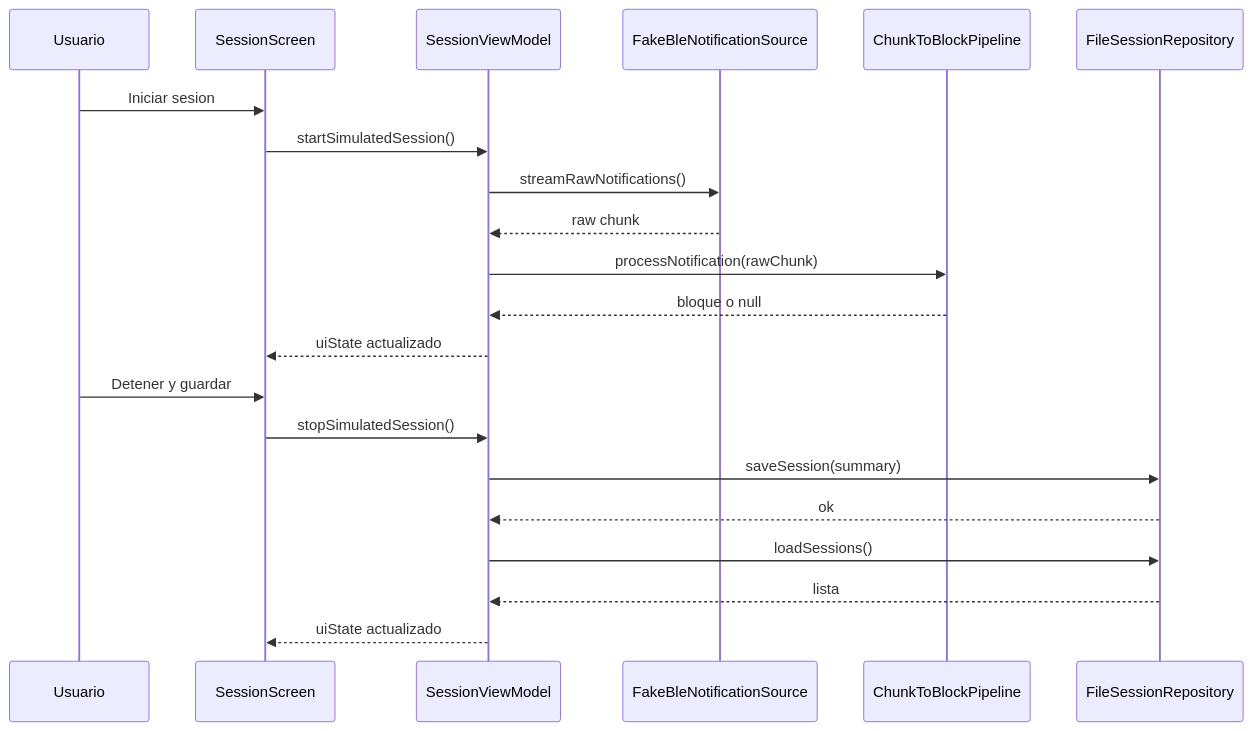
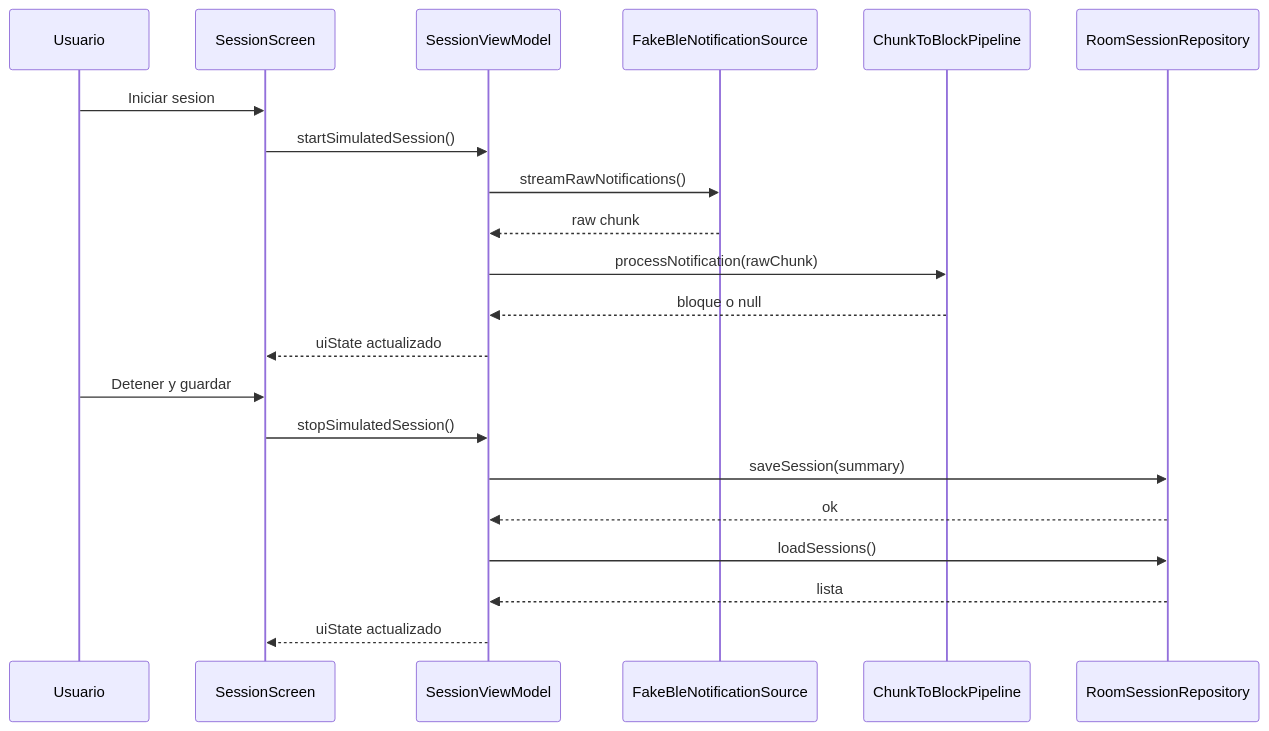
The fourth of 6 diagrams in docs/pizarra-aprendizaje-app-android.md (daniela-sanz/padel-analytics), drawn with Mermaid before and after one commit. The commit also changed other lines of this file and 45 other files, not shown here.

````diff
--- a/docs/pizarra-aprendizaje-app-android.md
+++ b/docs/pizarra-aprendizaje-app-android.md
@@ -303,25 +339,25 @@
 ```mermaid
 sequenceDiagram
     participant U as Usuario
     participant S as SessionScreen
     participant VM as SessionViewModel
     participant F as FakeBleNotificationSource
     participant P as ChunkToBlockPipeline
-    participant R as FileSessionRepository
+    participant R as RoomSessionRepository
 
     U->>S: Iniciar sesion
     S->>VM: startSimulatedSession()
     VM->>F: streamRawNotifications()
     F-->>VM: raw chunk
     VM->>P: processNotification(rawChunk)
     P-->>VM: bloque o null
     VM-->>S: uiState actualizado
 
     U->>S: Detener y guardar
     S->>VM: stopSimulatedSession()
     VM->>R: saveSession(summary)
     R-->>VM: ok
     VM->>R: loadSessions()
     R-->>VM: lista
     VM-->>S: uiState actualizado
 ```
````
